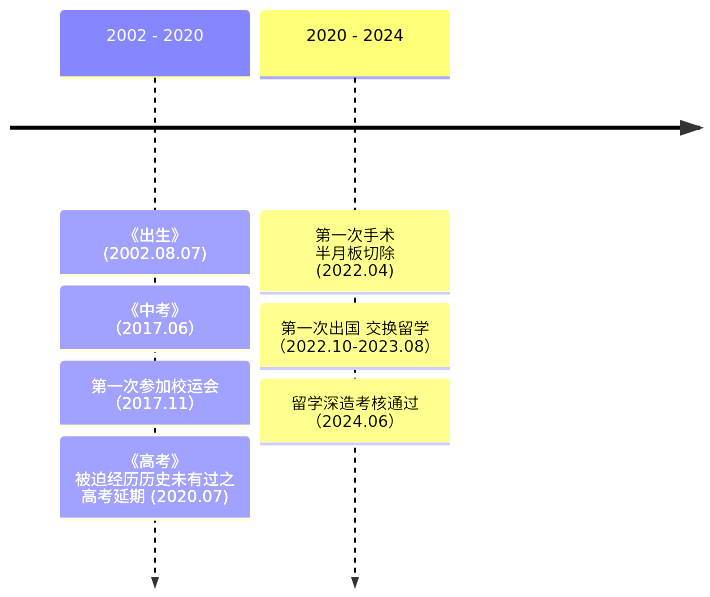
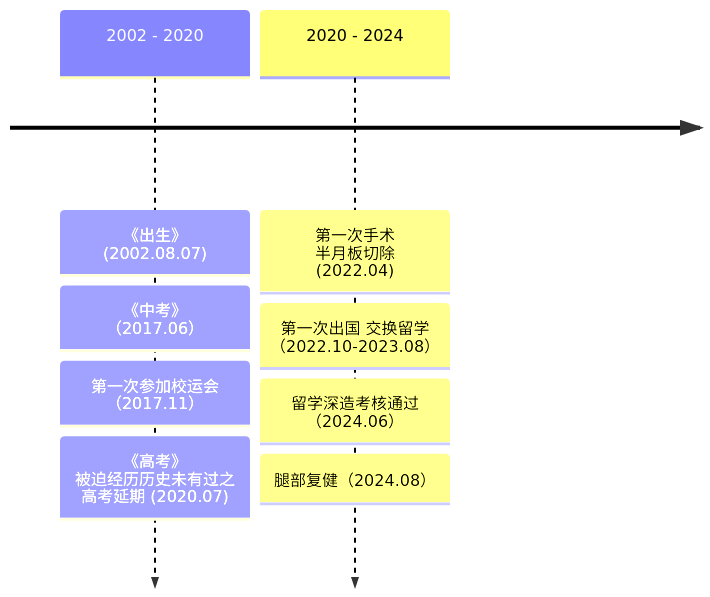
One commit to banligo/mysite changed the diagram in content.zh/docs/aboutme.md. Above: the diagram before and after it, drawn with Mermaid. The commit also changed other lines of this file and 2 other files, not shown here.

```diff
--- a/content.zh/docs/aboutme.md
+++ b/content.zh/docs/aboutme.md
@@ -128,12 +129,13 @@
 {{< mermaid >}}
 
 %%{init: { 'logLevel': 'debug', 'theme': 'default' } }%%
     timeline
           2002 - 2020 : 《出生》 (2002.08.07)
                     : 《中考》 （2017.06）
                     : 第一次参加校运会 （2017.11）
                     : 《高考》 被迫经历历史未有过之 高考延期  (2020.07)
           2020 - 2024 : 第一次手术 半月板切除 (2022.04)
                     : 第一次出国 交换留学  （2022.10-2023.08）
                     : 留学深造考核通过 （2024.06）
+                    : 腿部复健（2024.08）
 {{< /mermaid >}}
```
